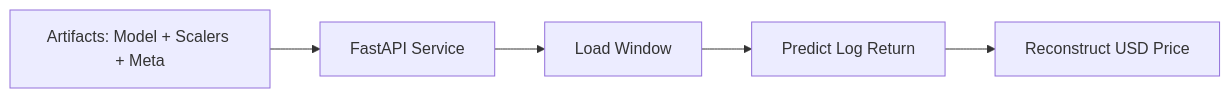
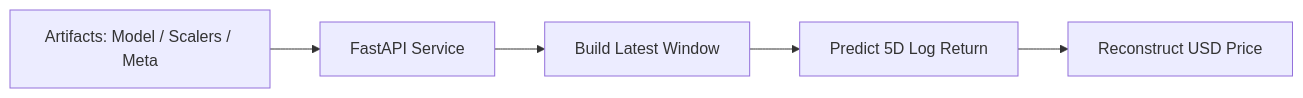
The second of 2 diagrams in README.md (aylatilio/lstm-nvda-stock-forecast), drawn with Mermaid before and after one commit. The commit also changed other lines of this file and 14 other files, not shown here.

Commit message:
Refactor: production-ready API architecture with CPU/GPU Docker split, ingestion redesign (Stooq default), walk-forward training and artifact separation

````diff
--- a/README.md
+++ b/README.md
@@ -45,7 +61,7 @@
 ```mermaid
 flowchart LR
-    A[Artifacts: Model + Scalers + Meta] --> B[FastAPI Service]
-    B --> C[Load Window]
-    C --> D[Predict Log Return]
+    A[Artifacts: Model / Scalers / Meta] --> B[FastAPI Service]
+    B --> C[Build Latest Window]
+    C --> D[Predict 5D Log Return]
     D --> E[Reconstruct USD Price]
 ```
````
